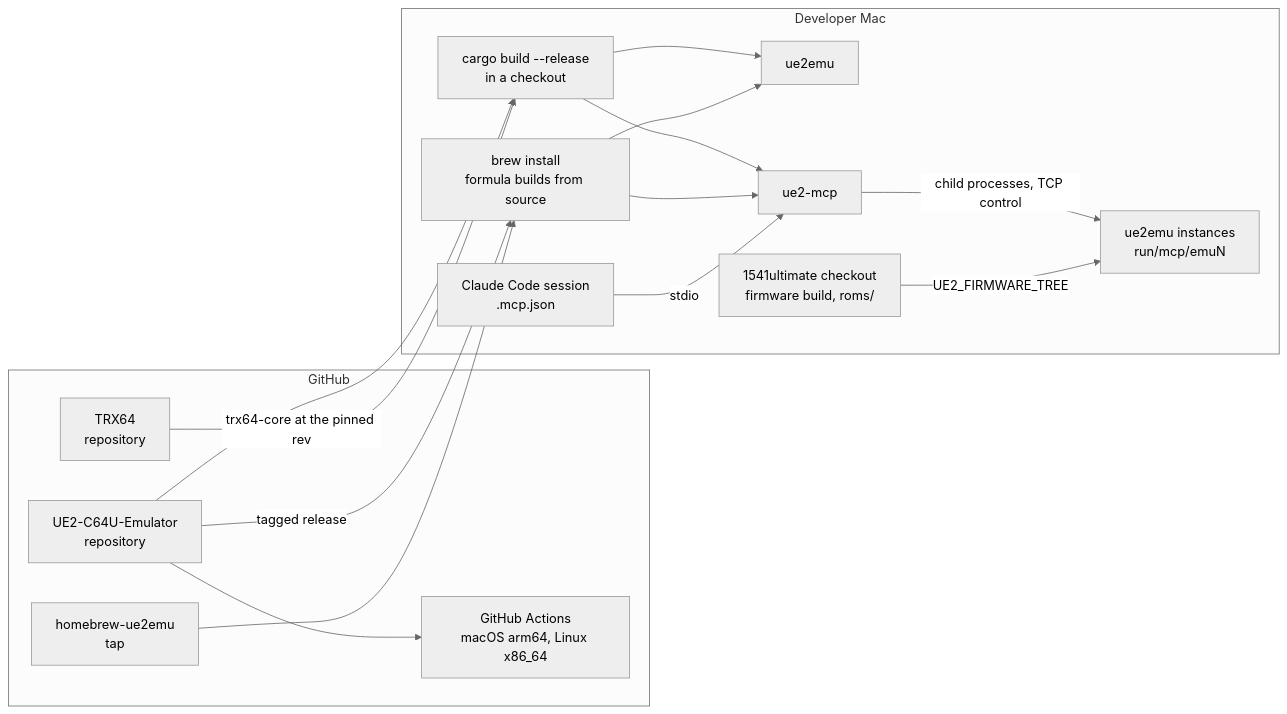
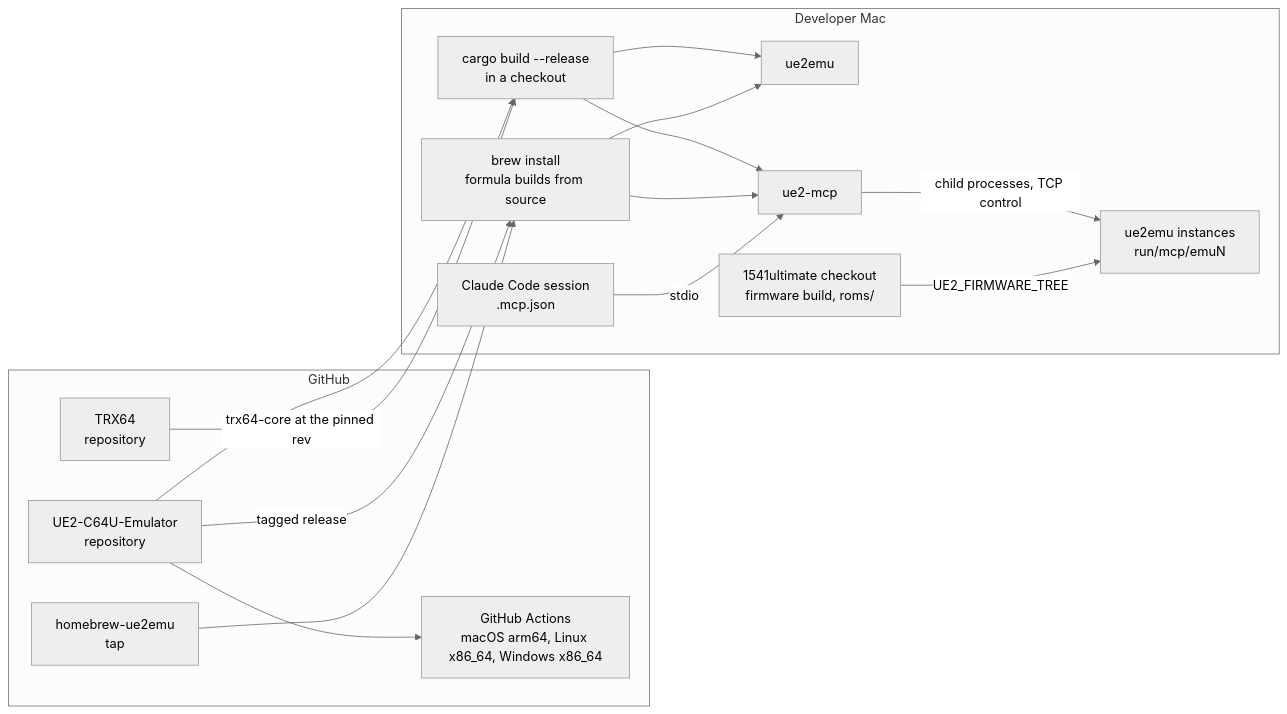
One commit to Jondalar/UE2-C64U-Emulator changed diagram 12 of 12 in docs/ARCHITECTURE.md. Above: the diagram before and after it, drawn with Mermaid (neutral theme). The commit also changed other lines of this file and 53 other files, not shown here.

````diff
--- a/docs/ARCHITECTURE.md
+++ b/docs/ARCHITECTURE.md
@@ -765,30 +798,30 @@
 ```mermaid
 flowchart LR
     subgraph gh["GitHub"]
         repo["UE2-C64U-Emulator<br/>repository"]
         trx["TRX64<br/>repository"]
         tap["homebrew-ue2emu<br/>tap"]
-        ci["GitHub Actions<br/>macOS arm64, Linux x86_64"]
+        ci["GitHub Actions<br/>macOS arm64, Linux x86_64, Windows x86_64"]
     end
     subgraph mac["Developer Mac"]
         build["cargo build --release<br/>in a checkout"]
         brew["brew install<br/>formula builds from source"]
         emuBin["ue2emu"]
         mcpBin["ue2-mcp"]
         fwtree["1541ultimate checkout<br/>firmware build, roms/"]
         claude["Claude Code session<br/>.mcp.json"]
         inst["ue2emu instances<br/>run/mcp/emuN"]
     end
     repo --> build
     trx -->|"trx64-core at the pinned rev"| build
     repo -->|"tagged release"| brew
     tap --> brew
     repo --> ci
     build --> emuBin
     build --> mcpBin
     brew --> emuBin
     brew --> mcpBin
     claude -->|"stdio"| mcpBin
     mcpBin -->|"child processes, TCP control"| inst
     fwtree -->|"UE2_FIRMWARE_TREE"| inst
 ```
````
